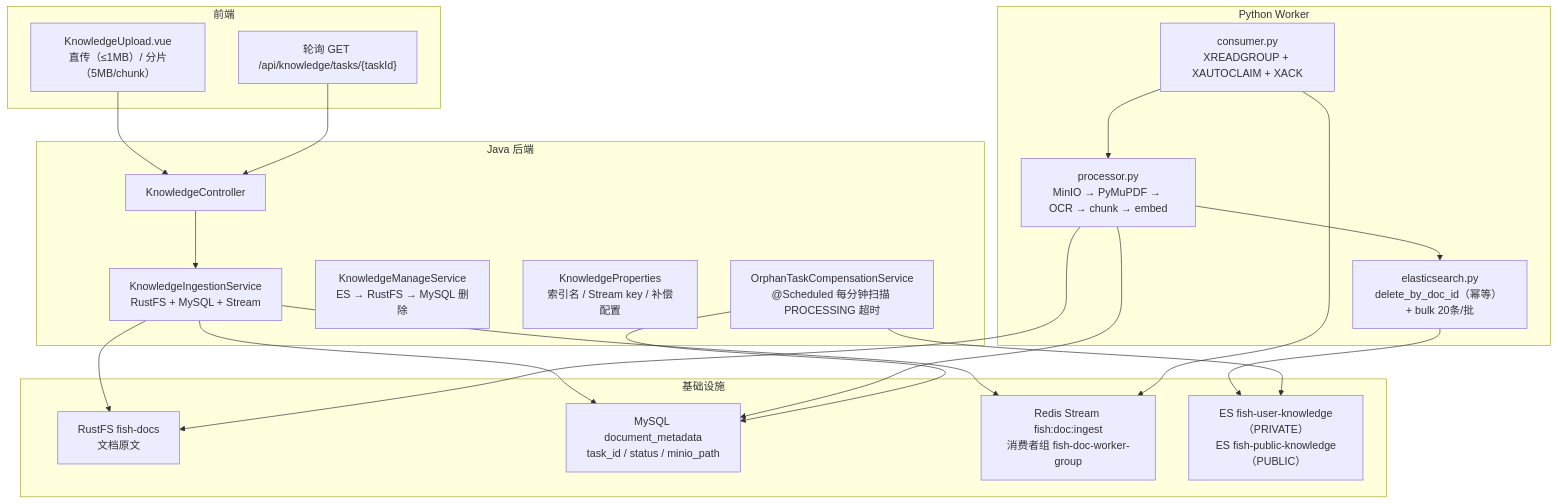
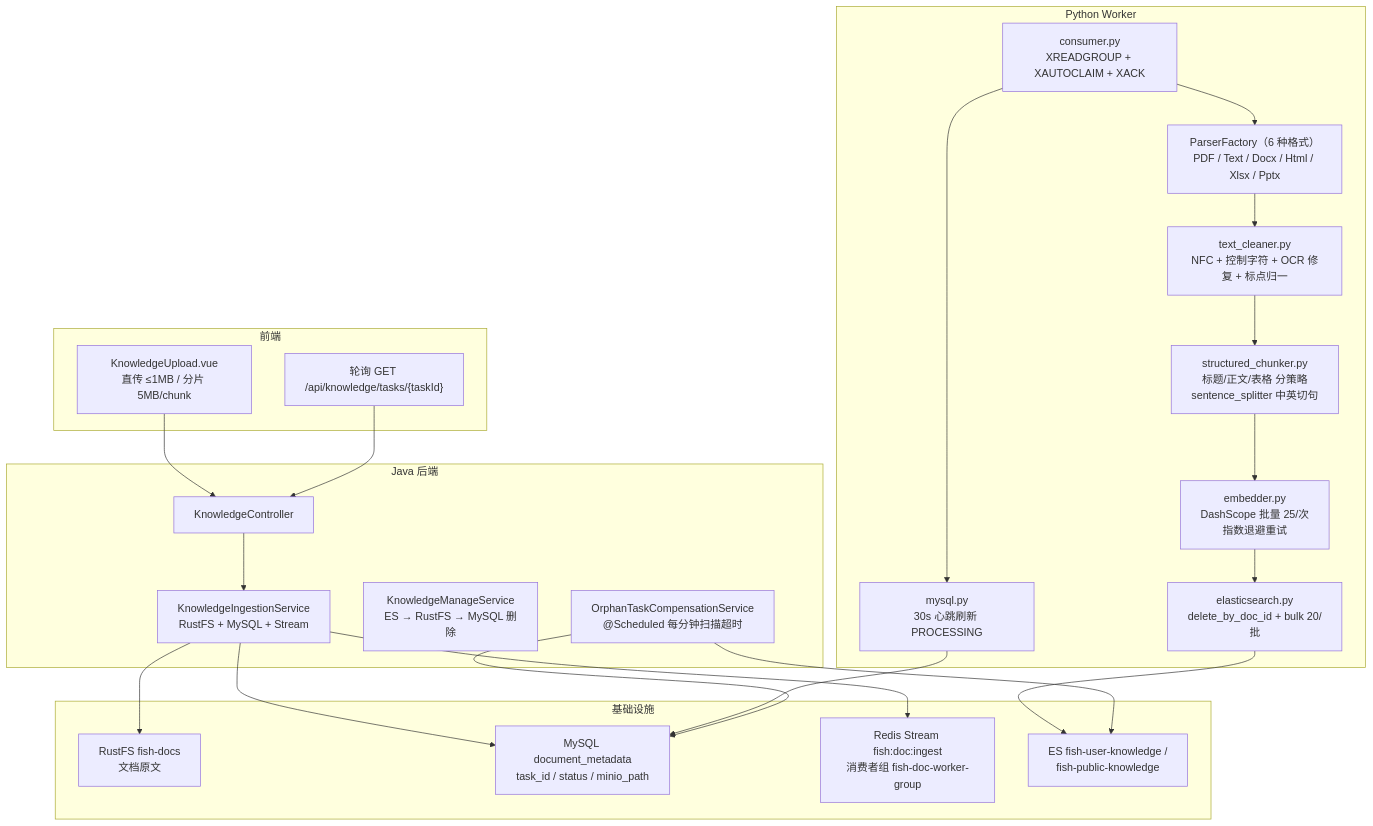
One commit to Yuyu123fish/Fish-Agent changed the first of 3 diagrams in document/模块要点/模块5-知识库闭环与可靠性.md. Above: the diagram before and after it, drawn with Mermaid. The commit also changed other lines of this file and 38 other files, not shown here.

````diff
--- a/document/模块要点/模块5-知识库闭环与可靠性.md
+++ b/document/模块要点/模块5-知识库闭环与可靠性.md
@@ -11,40 +11,38 @@
 ```mermaid
 flowchart TB
     subgraph FE["前端"]
-        Upload["KnowledgeUpload.vue<br/>直传（≤1MB）/ 分片（5MB/chunk）"]
+        Upload["KnowledgeUpload.vue<br/>直传 ≤1MB / 分片 5MB/chunk"]
         Poll["轮询 GET /api/knowledge/tasks/{taskId}"]
     end
 
     subgraph Java["Java 后端"]
         KCtl["KnowledgeController"]
         KIngest["KnowledgeIngestionService<br/>RustFS + MySQL + Stream"]
         KManage["KnowledgeManageService<br/>ES → RustFS → MySQL 删除"]
-        KProps["KnowledgeProperties<br/>索引名 / Stream key / 补偿配置"]
-        Orphan["OrphanTaskCompensationService<br/>@Scheduled 每分钟扫描 PROCESSING 超时"]
+        Orphan["OrphanTaskCompensationService<br/>@Scheduled 每分钟扫描超时"]
     end
 
     subgraph Infra["基础设施"]
         RustFS["RustFS fish-docs<br/>文档原文"]
         MySQL["MySQL document_metadata<br/>task_id / status / minio_path"]
         Stream["Redis Stream fish:doc:ingest<br/>消费者组 fish-doc-worker-group"]
-        ES_K["ES fish-user-knowledge（PRIVATE）<br/>ES fish-public-knowledge（PUBLIC）"]
+        ES_K["ES fish-user-knowledge /<br/>fish-public-knowledge"]
     end
 
     subgraph Python["Python Worker"]
         Consumer["consumer.py<br/>XREADGROUP + XAUTOCLAIM + XACK"]
-        Processor["processor.py<br/>MinIO → PyMuPDF → OCR → chunk → embed"]
-        ESWriter["elasticsearch.py<br/>delete_by_doc_id（幂等） + bulk 20条/批"]
+        Factory["ParserFactory（6 种格式）<br/>PDF / Text / Docx / Html / Xlsx / Pptx"]
+        Cleaner["text_cleaner.py<br/>NFC + 控制字符 + OCR 修复 + 标点归一"]
+        Chunker["structured_chunker.py<br/>标题/正文/表格 分策略<br/>sentence_splitter 中英切句"]
+        Embedder["embedder.py<br/>DashScope 批量 25/次<br/>指数退避重试"]
+        ESWriter["elasticsearch.py<br/>delete_by_doc_id + bulk 20/批"]
+        Heartbeat["mysql.py<br/>30s 心跳刷新 PROCESSING"]
     end
 
-    Upload --> KCtl
-    KCtl --> KIngest
+    Upload --> KCtl --> KIngest
     KIngest --> RustFS & MySQL & Stream
-    Consumer --> Stream
-    Consumer --> Processor
-    Processor --> RustFS
-    Processor --> ESWriter
-    ESWriter --> ES_K
-    Processor --> MySQL
+    Consumer --> Factory --> Cleaner --> Chunker --> Embedder --> ESWriter --> ES_K
+    Consumer --> Heartbeat --> MySQL
     Orphan --> MySQL & ES_K
     Poll --> KCtl
 ```
````
